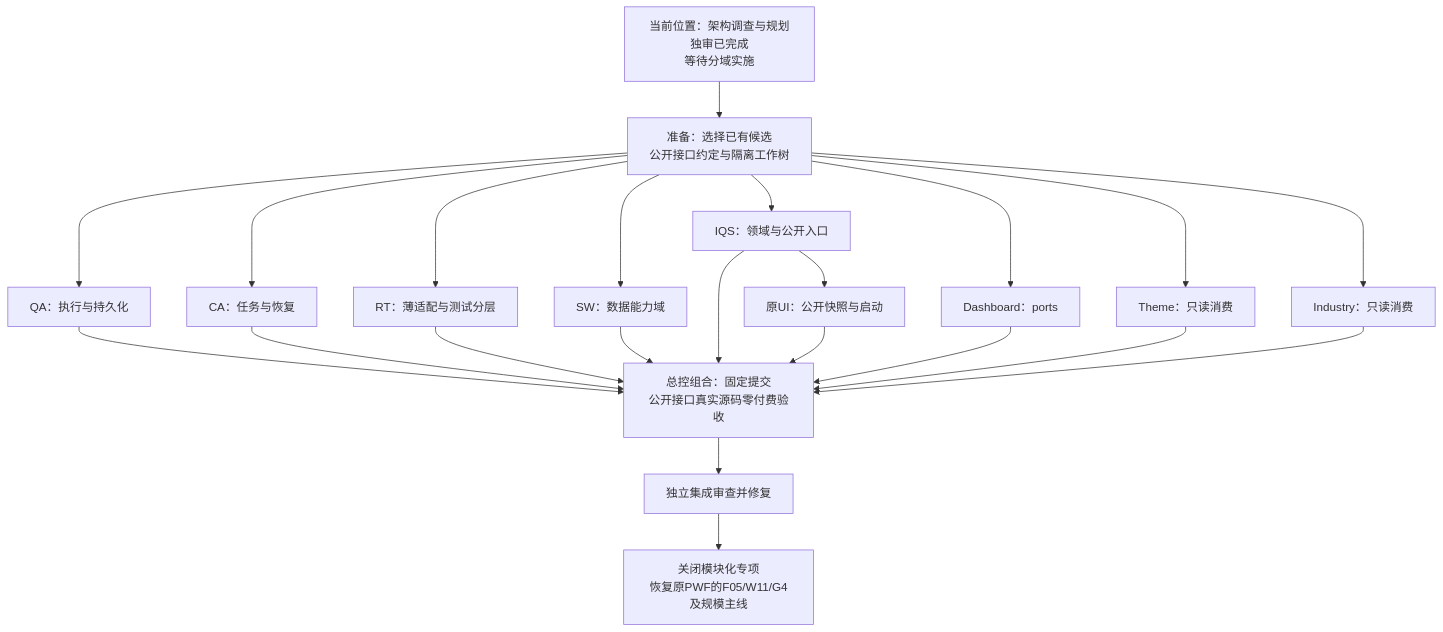
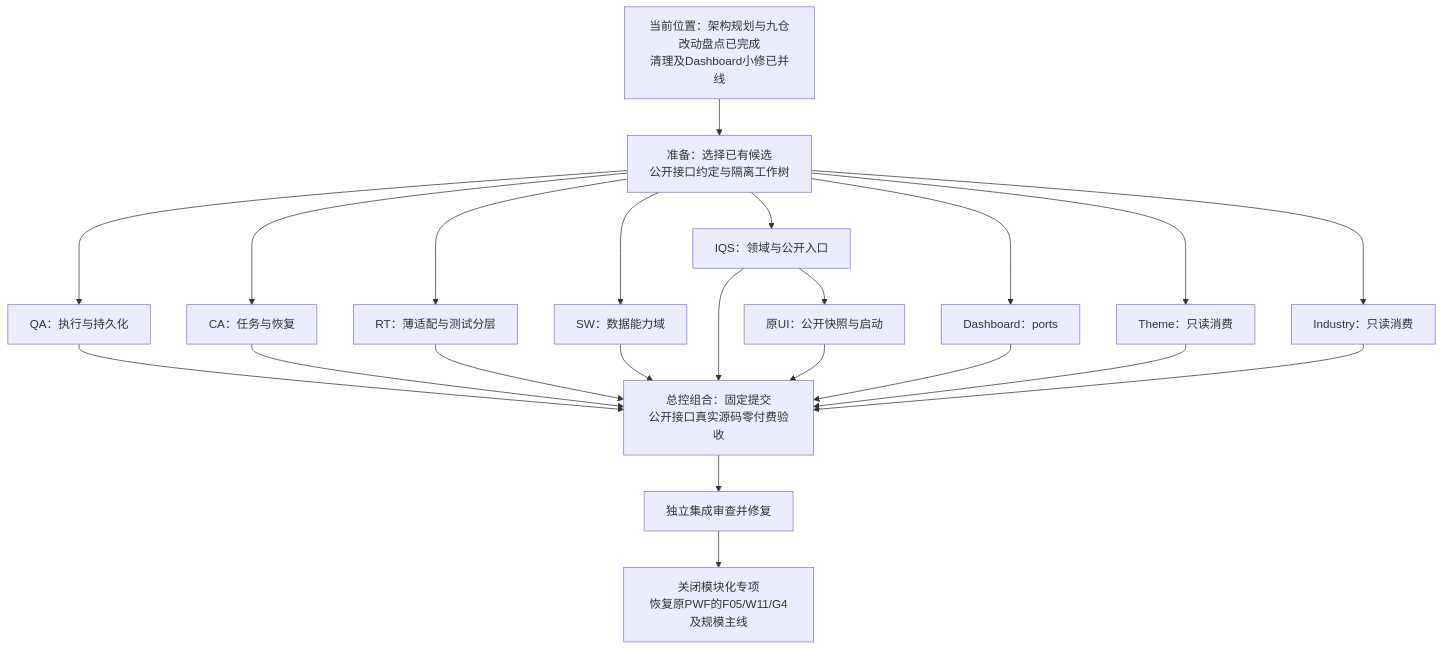
The diagram in docs/implementation/parallel-lanes/packages/2026-11-11-modularity-closeout/README.md (zhengcb81/invest-quick-scan), drawn with Mermaid before and after one commit. The commit also changed other lines of this file and 21 other files, not shown here.

````diff
--- a/docs/implementation/parallel-lanes/packages/2026-11-11-modularity-closeout/README.md
+++ b/docs/implementation/parallel-lanes/packages/2026-11-11-modularity-closeout/README.md
@@ -48,24 +52,24 @@
 ```mermaid
 flowchart TD
- A[当前位置：架构调查与规划独审已完成<br/>等待分域实施] --> B[准备：选择已有候选<br/>公开接口约定与隔离工作树]
+ A[当前位置：架构规划与九仓改动盘点已完成<br/>清理及Dashboard小修已并线] --> B[准备：选择已有候选<br/>公开接口约定与隔离工作树]
  B --> QA[QA：执行与持久化]
  B --> CA[CA：任务与恢复]
  B --> RT[RT：薄适配与测试分层]
  B --> SW[SW：数据能力域]
  B --> IQS[IQS：领域与公开入口]
  B --> D[Dashboard：ports]
  B --> TH[Theme：只读消费]
  B --> IN[Industry：只读消费]
  IQS --> UI[原UI：公开快照与启动]
  QA --> X[总控组合：固定提交<br/>公开接口真实源码零付费验收]
  CA --> X
  RT --> X
  SW --> X
  IQS --> X
  UI --> X
  D --> X
  TH --> X
  IN --> X
  X --> R[独立集成审查并修复]
  R --> END[关闭模块化专项<br/>恢复原PWF的F05/W11/G4及规模主线]
 ```
````
